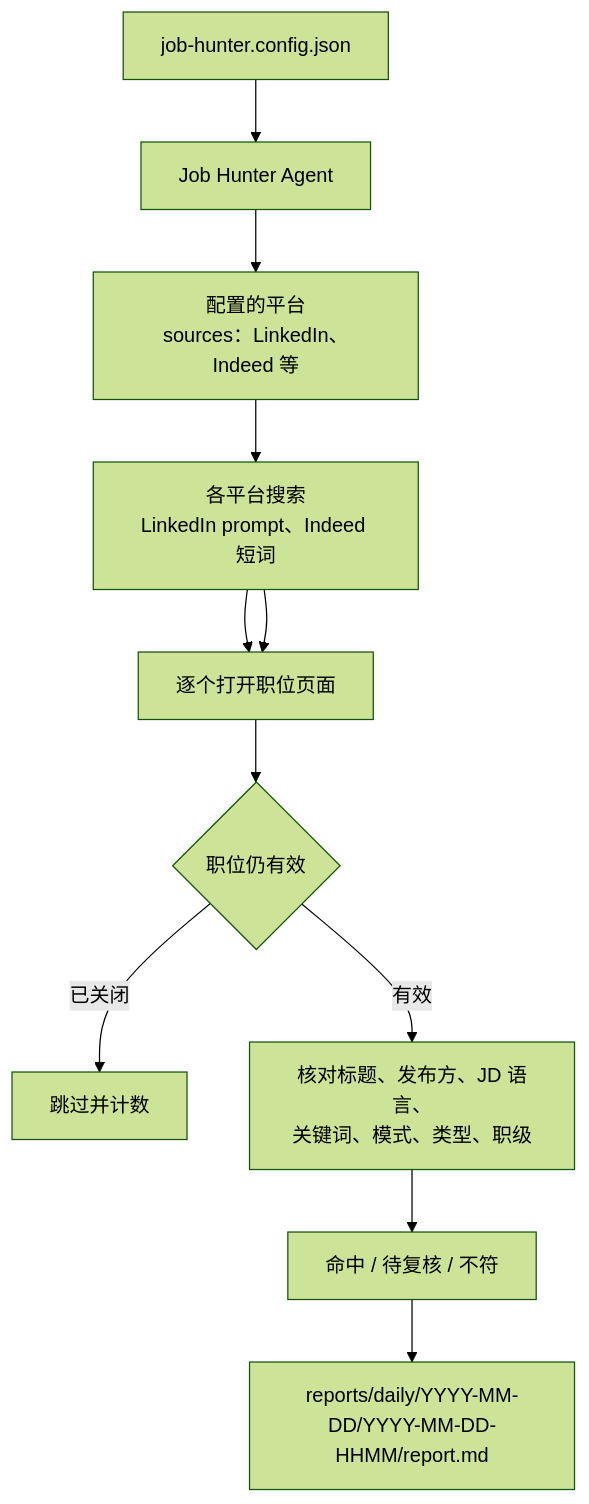
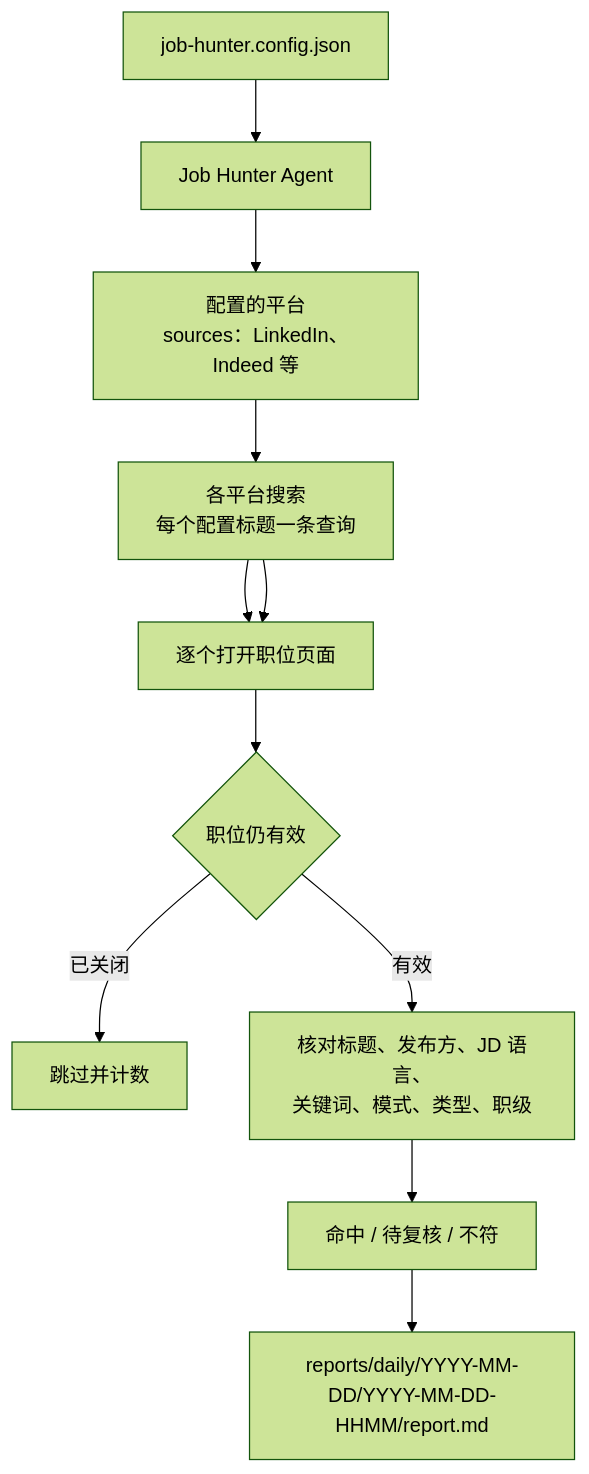
One commit to aoda-zhang/Job-hunter changed the diagram in README.zh-CN.md. Above: the diagram before and after it, drawn with Mermaid (forest theme). The commit also changed other lines of this file and 22 other files, not shown here.

````diff
--- a/README.zh-CN.md
+++ b/README.zh-CN.md
@@ -22,13 +23,13 @@
 ```mermaid
 flowchart TD
     A[job-hunter.config.json] --> B[Job Hunter Agent]
     B --> C[配置的平台<br/>sources：LinkedIn、Indeed 等]
-    C --> D[各平台搜索<br/>LinkedIn prompt、Indeed 短词]
+    C --> D[各平台搜索<br/>每个配置标题一条查询]
     D --> E[各平台自己的筛选<br/>日期、类型、模式、职级]
     D --> E[逐个打开职位页面]
     E --> F{职位仍有效}
     F -->|已关闭| X[跳过并计数]
     F -->|有效| G[核对标题、发布方、JD 语言、<br/>关键词、模式、类型、职级]
     G --> H[命中 / 待复核 / 不符]
     H --> I[reports/daily/YYYY-MM-DD/YYYY-MM-DD-HHMM/report.md]
 ```
````
